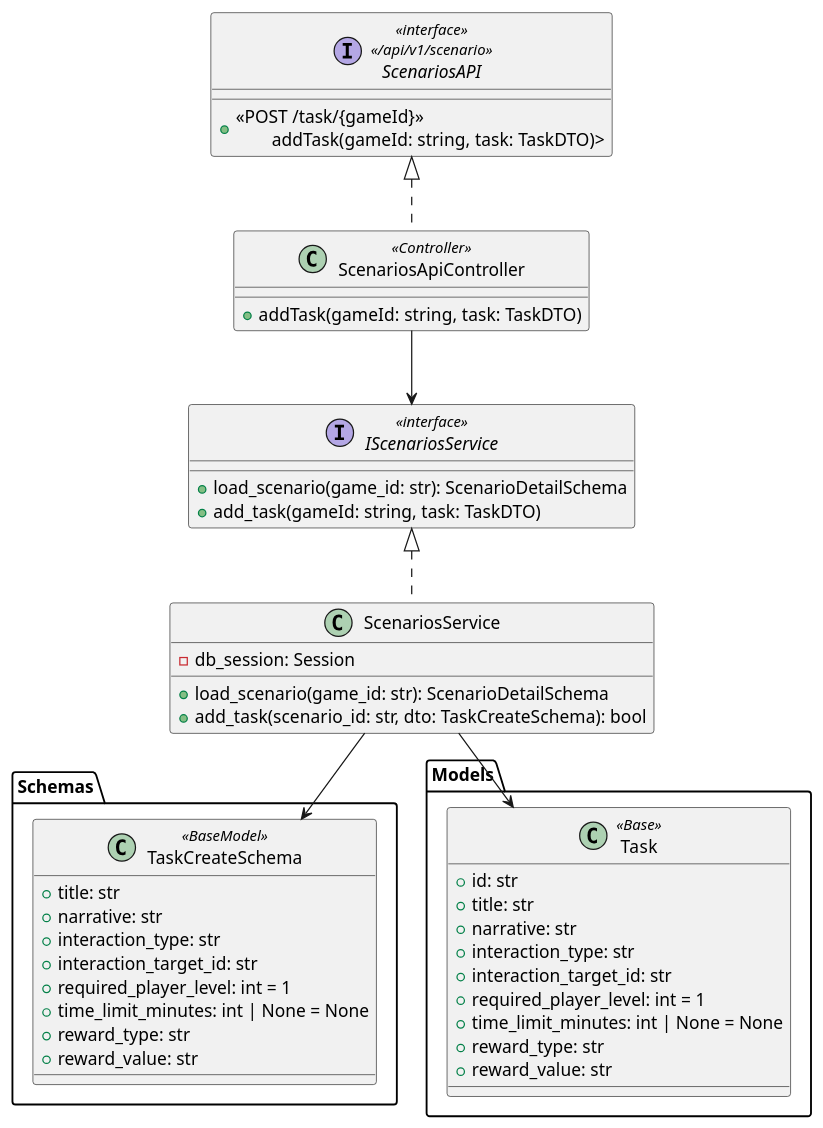
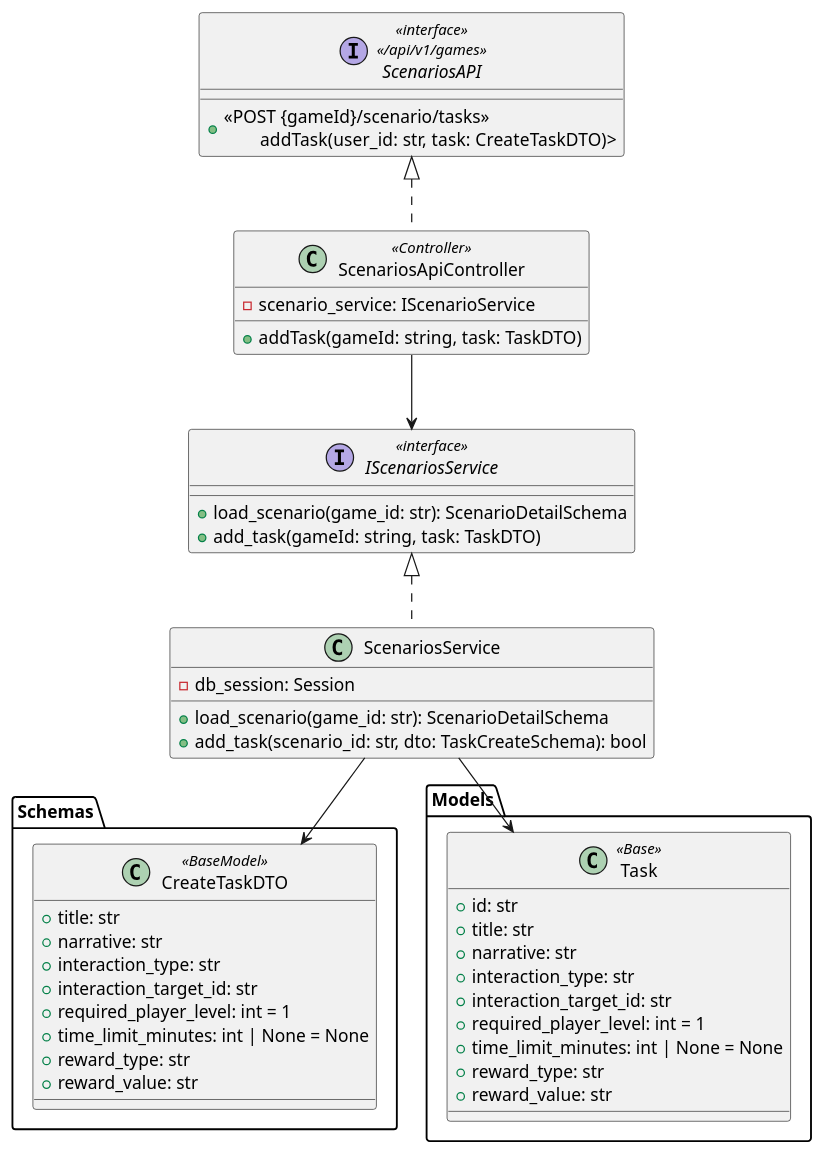
One commit to Igor-Ochocki/POP-2026Z changed the diagram in diagrams/backend/add_task.md. Above: the diagram before and after it, drawn with PlantUML. The commit also changed 1 other file, not shown here.

Commit message:
Update add_task diagrams

````diff
--- a/diagrams/backend/add_task.md
+++ b/diagrams/backend/add_task.md
@@ -1,56 +1,57 @@
 ```plantuml
 @startuml
-interface ScenariosAPI <<interface>>\n<< /api/v1/scenario >> {
-    + <<POST /task/{gameId} >>\n\taddTask(gameId: string, task: TaskDTO)>
+interface ScenariosAPI <<interface>>\n<< /api/v1/games >> {
+    + <<POST {gameId}/scenario/tasks >>\n\taddTask(user_id: str, task: CreateTaskDTO)>
 }
 
 class ScenariosApiController <<Controller>> implements ScenariosAPI {
+    - scenario_service: IScenarioService
     + addTask(gameId: string, task: TaskDTO)
 }
 
 interface IScenariosService <<interface>> {
      + load_scenario(game_id: str): ScenarioDetailSchema
      + add_task(gameId: string, task: TaskDTO)
 }
 
 class ScenariosService implements IScenariosService{
      - db_session: Session
      + load_scenario(game_id: str): ScenarioDetailSchema
      + add_task(scenario_id: str, dto: TaskCreateSchema): bool
 }
 
 
 package "Schemas" {
-    class TaskCreateSchema <<BaseModel>> {
+    class CreateTaskDTO <<BaseModel>> {
         + title: str
         + narrative: str
         + interaction_type: str
         + interaction_target_id: str
         + required_player_level: int = 1
         + time_limit_minutes: int | None = None
         + reward_type: str
         + reward_value: str
     }
 }
 
 package "Models" {
 
 class Task <<Base>> {
         + id: str
         + title: str
         + narrative: str
         + interaction_type: str
         + interaction_target_id: str
         + required_player_level: int = 1
         + time_limit_minutes: int | None = None
         + reward_type: str
         + reward_value: str
 }
 
 }
 
-ScenariosService -->TaskCreateSchema
+ScenariosService --> CreateTaskDTO
 ScenariosApiController --> IScenariosService
 ScenariosService --> Task
 @enduml
 ```
````
